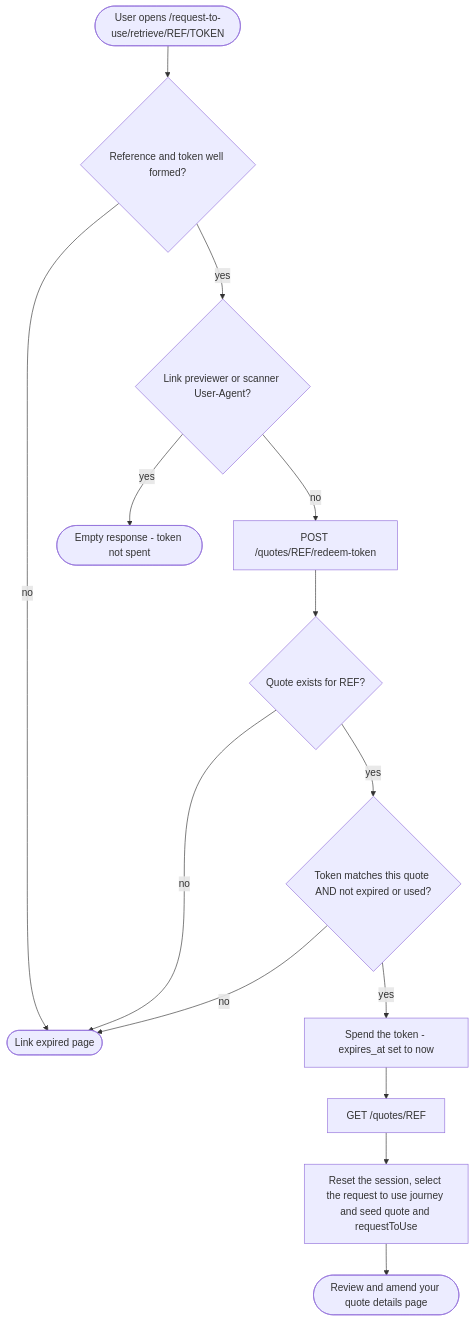
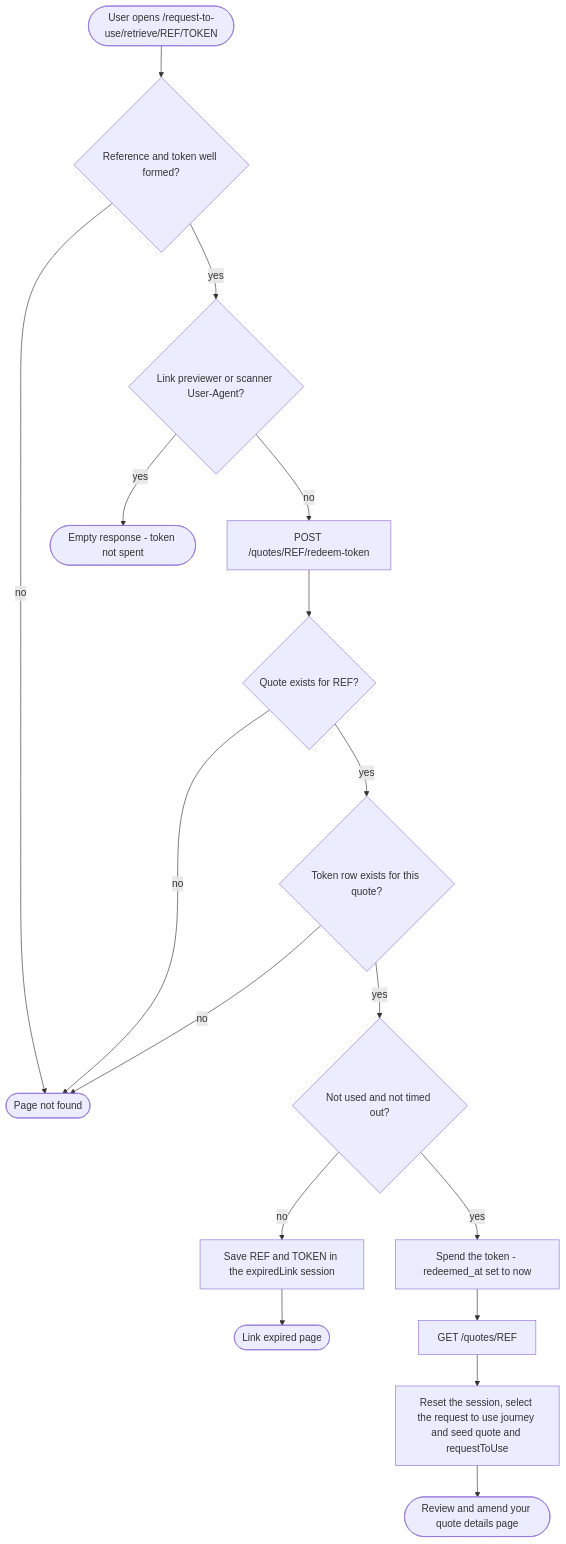
The second of 3 diagrams in docs/features/magic-links/access-flow.md (DEFRA/nrf-solution), drawn with Mermaid before and after one commit. The commit also changed other lines of this file and 2 other files, not shown here.

````diff
--- a/docs/features/magic-links/access-flow.md
+++ b/docs/features/magic-links/access-flow.md
@@ -29,20 +29,23 @@
 ```mermaid
 flowchart TD
   open([User opens /request-to-use/retrieve/REF/TOKEN]) --> format{Reference and token well formed?}
-  format -- no --> expired([Link expired page])
+  format -- no --> notfound([Page not found])
 
   format -- yes --> bot{Link previewer or scanner User-Agent?}
   bot -- yes --> stub([Empty response - token not spent])
 
   bot -- no --> redeem[POST /quotes/REF/redeem-token]
   redeem --> quote{Quote exists for REF?}
-  quote -- no --> expired
+  quote -- no --> notfound
 
-  quote -- yes --> atomic{Token matches this quote AND not expired or used?}
-  atomic -- no --> expired
-  atomic -- yes --> spend[Spend the token - expires_at set to now]
+  quote -- yes --> row{Token row exists for this quote?}
+  row -- no --> notfound
+  row -- yes --> atomic{Not used and not timed out?}
+  atomic -- no --> save[Save REF and TOKEN in the expiredLink session]
+  save --> expired([Link expired page])
+  atomic -- yes --> spend[Spend the token - redeemed_at set to now]
 
   spend --> read[GET /quotes/REF]
   read --> seed[Reset the session, select the request to use journey and seed quote and requestToUse]
   seed --> review([Review and amend your quote details page])
 ```
````
